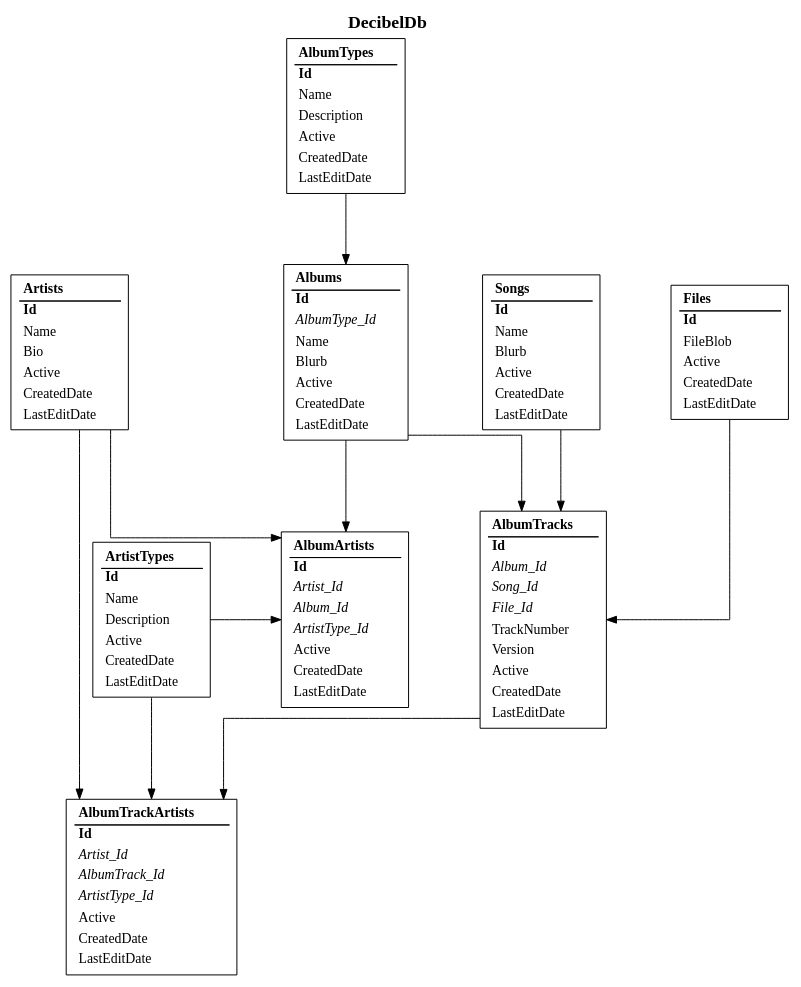
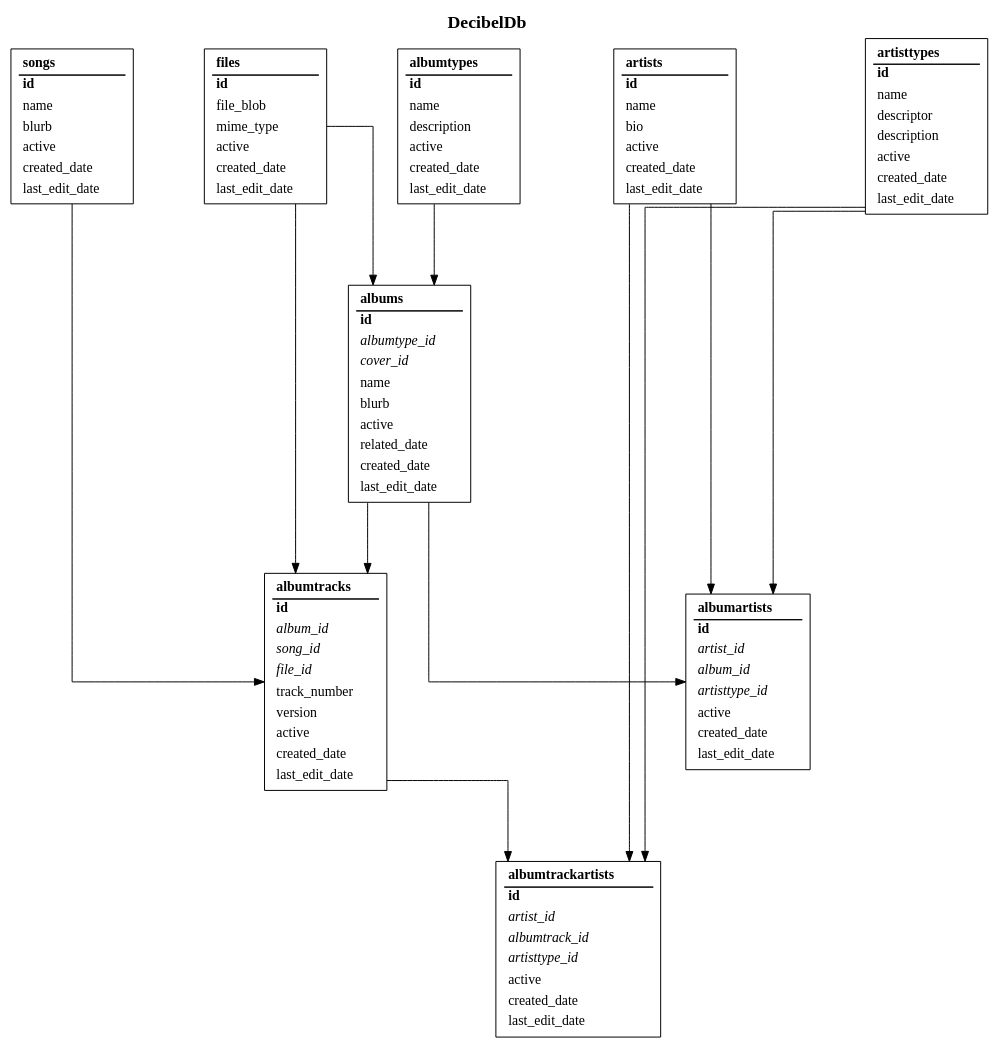
Before and after one commit to frankiebaffa/decibel_db: the diagram in db_designs/music.db.gv, drawn with Graphviz.

Commit message:
update design

```diff
--- a/db_designs/music.db.gv
+++ b/db_designs/music.db.gv
@@ -1,137 +1,141 @@
 digraph Music {
 	compound=true;
 	node[colorscheme=dark28;shape=rectangle];
 	edge[colorscheme=dark28];
 	label=<<b>DecibelDb</b>>;
 	fontsize=18;
 	labelloc=t;
 	splines=ortho;
 	ranksep=1;
 	nodesep=1;
+	rankdir=TB;
 	Artists[label=<
 		<table border="0">
-			<tr><td align="left"><b>Artists</b></td></tr>
+			<tr><td align="left"><b>artists</b></td></tr>
 			<hr />
-			<tr><td align="left"><b>Id</b></td></tr>
-			<tr><td align="left">Name</td></tr>
-			<tr><td align="left">Bio</td></tr>
-			<tr><td align="left">Active</td></tr>
-			<tr><td align="left">CreatedDate</td></tr>
-			<tr><td align="left">LastEditDate</td></tr>
+			<tr><td align="left"><b>id</b></td></tr>
+			<tr><td align="left">name</td></tr>
+			<tr><td align="left">bio</td></tr>
+			<tr><td align="left">active</td></tr>
+			<tr><td align="left">created_date</td></tr>
+			<tr><td align="left">last_edit_date</td></tr>
+		</table>
+	>];
+	ArtistTypes[label=<
+		<table border="0">
+			<tr><td align="left"><b>artisttypes</b></td></tr>
+			<hr />
+			<tr><td align="left"><b>id</b></td></tr>
+			<tr><td align="left">name</td></tr>
+			<tr><td align="left">descriptor</td></tr>
+			<tr><td align="left">description</td></tr>
+			<tr><td align="left">active</td></tr>
+			<tr><td align="left">created_date</td></tr>
+			<tr><td align="left">last_edit_date</td></tr>
 		</table>
 	>];
 	AlbumTypes[label=<
 		<table border="0">
-			<tr><td align="left"><b>AlbumTypes</b></td></tr>
+			<tr><td align="left"><b>albumtypes</b></td></tr>
 			<hr />
-			<tr><td align="left"><b>Id</b></td></tr>
-			<tr><td align="left">Name</td></tr>
-			<tr><td align="left">Description</td></tr>
-			<tr><td align="left">Active</td></tr>
-			<tr><td align="left">CreatedDate</td></tr>
-			<tr><td align="left">LastEditDate</td></tr>
-		</table>
-	>];
-	Albums[label=<
-		<table border="0">
-			<tr><td align="left"><b>Albums</b></td></tr>
-			<hr />
-			<tr><td align="left"><b>Id</b></td></tr>
-			<tr><td align="left"><i>AlbumType_Id</i></td></tr>
-			<tr><td align="left">Name</td></tr>
-			<tr><td align="left">Blurb</td></tr>
-			<tr><td align="left">Active</td></tr>
-			<tr><td align="left">CreatedDate</td></tr>
-			<tr><td align="left">LastEditDate</td></tr>
-		</table>
-	>];
-	AlbumTypes->Albums;
-	Songs[label=<
-		<table border="0">
-			<tr><td align="left"><b>Songs</b></td></tr>
-			<hr />
-			<tr><td align="left"><b>Id</b></td></tr>
-			<tr><td align="left">Name</td></tr>
-			<tr><td align="left">Blurb</td></tr>
-			<tr><td align="left">Active</td></tr>
-			<tr><td align="left">CreatedDate</td></tr>
-			<tr><td align="left">LastEditDate</td></tr>
+			<tr><td align="left"><b>id</b></td></tr>
+			<tr><td align="left">name</td></tr>
+			<tr><td align="left">description</td></tr>
+			<tr><td align="left">active</td></tr>
+			<tr><td align="left">created_date</td></tr>
+			<tr><td align="left">last_edit_date</td></tr>
 		</table>
 	>];
 	Files[label=<
 		<table border="0">
-			<tr><td align="left"><b>Files</b></td></tr>
+			<tr><td align="left"><b>files</b></td></tr>
 			<hr />
-			<tr><td align="left"><b>Id</b></td></tr>
-			<tr><td align="left">FileBlob</td></tr>
-			<tr><td align="left">Active</td></tr>
-			<tr><td align="left">CreatedDate</td></tr>
-			<tr><td align="left">LastEditDate</td></tr>
+			<tr><td align="left"><b>id</b></td></tr>
+			<tr><td align="left">file_blob</td></tr>
+			<tr><td align="left">mime_type</td></tr>
+			<tr><td align="left">active</td></tr>
+			<tr><td align="left">created_date</td></tr>
+			<tr><td align="left">last_edit_date</td></tr>
 		</table>
 	>];
-	{rank=same;Artists;Albums;Songs;Files}
-	ArtistTypes[label=<
+	Songs[label=<
 		<table border="0">
-			<tr><td align="left"><b>ArtistTypes</b></td></tr>
+			<tr><td align="left"><b>songs</b></td></tr>
 			<hr />
-			<tr><td align="left"><b>Id</b></td></tr>
-			<tr><td align="left">Name</td></tr>
-			<tr><td align="left">Description</td></tr>
-			<tr><td align="left">Active</td></tr>
-			<tr><td align="left">CreatedDate</td></tr>
-			<tr><td align="left">LastEditDate</td></tr>
+			<tr><td align="left"><b>id</b></td></tr>
+			<tr><td align="left">name</td></tr>
+			<tr><td align="left">blurb</td></tr>
+			<tr><td align="left">active</td></tr>
+			<tr><td align="left">created_date</td></tr>
+			<tr><td align="left">last_edit_date</td></tr>
 		</table>
 	>];
+	{rank=same;Artists;ArtistTypes;AlbumTypes;Files;Songs;}
+	Albums[label=<
+		<table border="0">
+			<tr><td align="left"><b>albums</b></td></tr>
+			<hr />
+			<tr><td align="left"><b>id</b></td></tr>
+			<tr><td align="left"><i>albumtype_id</i></td></tr>
+			<tr><td align="left"><i>cover_id</i></td></tr>
+			<tr><td align="left">name</td></tr>
+			<tr><td align="left">blurb</td></tr>
+			<tr><td align="left">active</td></tr>
+			<tr><td align="left">related_date</td></tr>
+			<tr><td align="left">created_date</td></tr>
+			<tr><td align="left">last_edit_date</td></tr>
+		</table>
+	>];
+	AlbumTypes->Albums;
+	Files->Albums;
 	AlbumArtists[label=<
 		<table border="0">
-			<tr><td align="left"><b>AlbumArtists</b></td></tr>
+			<tr><td align="left"><b>albumartists</b></td></tr>
 			<hr />
-			<tr><td align="left"><b>Id</b></td></tr>
-			<tr><td align="left"><i>Artist_Id</i></td></tr>
-			<tr><td align="left"><i>Album_Id</i></td></tr>
-			<tr><td align="left"><i>ArtistType_Id</i></td></tr>
-			<tr><td align="left">Active</td></tr>
-			<tr><td align="left">CreatedDate</td></tr>
-			<tr><td align="left">LastEditDate</td></tr>
+			<tr><td align="left"><b>id</b></td></tr>
+			<tr><td align="left"><i>artist_id</i></td></tr>
+			<tr><td align="left"><i>album_id</i></td></tr>
+			<tr><td align="left"><i>artisttype_id</i></td></tr>
+			<tr><td align="left">active</td></tr>
+			<tr><td align="left">created_date</td></tr>
+			<tr><td align="left">last_edit_date</td></tr>
 		</table>
 	>];
-	{rank=same;ArtistTypes;AlbumArtists;}
 	Artists->AlbumArtists;
 	Albums->AlbumArtists;
 	ArtistTypes->AlbumArtists;
 	AlbumTracks[label=<
 		<table border="0">
-			<tr><td align="left"><b>AlbumTracks</b></td></tr>
+			<tr><td align="left"><b>albumtracks</b></td></tr>
 			<hr />
-			<tr><td align="left"><b>Id</b></td></tr>
-			<tr><td align="left"><i>Album_Id</i></td></tr>
-			<tr><td align="left"><i>Song_Id</i></td></tr>
-			<tr><td align="left"><i>File_Id</i></td></tr>
-			<tr><td align="left">TrackNumber</td></tr>
-			<tr><td align="left">Version</td></tr>
-			<tr><td align="left">Active</td></tr>
-			<tr><td align="left">CreatedDate</td></tr>
-			<tr><td align="left">LastEditDate</td></tr>
+			<tr><td align="left"><b>id</b></td></tr>
+			<tr><td align="left"><i>album_id</i></td></tr>
+			<tr><td align="left"><i>song_id</i></td></tr>
+			<tr><td align="left"><i>file_id</i></td></tr>
+			<tr><td align="left">track_number</td></tr>
+			<tr><td align="left">version</td></tr>
+			<tr><td align="left">active</td></tr>
+			<tr><td align="left">created_date</td></tr>
+			<tr><td align="left">last_edit_date</td></tr>
 		</table>
 	>];
-	{rank=same;AlbumArtists;AlbumTracks;}
 	Albums->AlbumTracks;
 	Songs->AlbumTracks;
 	Files->AlbumTracks;
 	AlbumTrackArtists[label=<
 		<table border="0">
-			<tr><td align="left"><b>AlbumTrackArtists</b></td></tr>
+			<tr><td align="left"><b>albumtrackartists</b></td></tr>
 			<hr />
-			<tr><td align="left"><b>Id</b></td></tr>
-			<tr><td align="left"><i>Artist_Id</i></td></tr>
-			<tr><td align="left"><i>AlbumTrack_Id</i></td></tr>
-			<tr><td align="left"><i>ArtistType_Id</i></td></tr>
-			<tr><td align="left">Active</td></tr>
-			<tr><td align="left">CreatedDate</td></tr>
-			<tr><td align="left">LastEditDate</td></tr>
+			<tr><td align="left"><b>id</b></td></tr>
+			<tr><td align="left"><i>artist_id</i></td></tr>
+			<tr><td align="left"><i>albumtrack_id</i></td></tr>
+			<tr><td align="left"><i>artisttype_id</i></td></tr>
+			<tr><td align="left">active</td></tr>
+			<tr><td align="left">created_date</td></tr>
+			<tr><td align="left">last_edit_date</td></tr>
 		</table>
 	>];
+	Artists->AlbumTrackArtists;
 	AlbumTracks->AlbumTrackArtists;
-	Artists->AlbumTrackArtists;
 	ArtistTypes->AlbumTrackArtists;
 }
```
